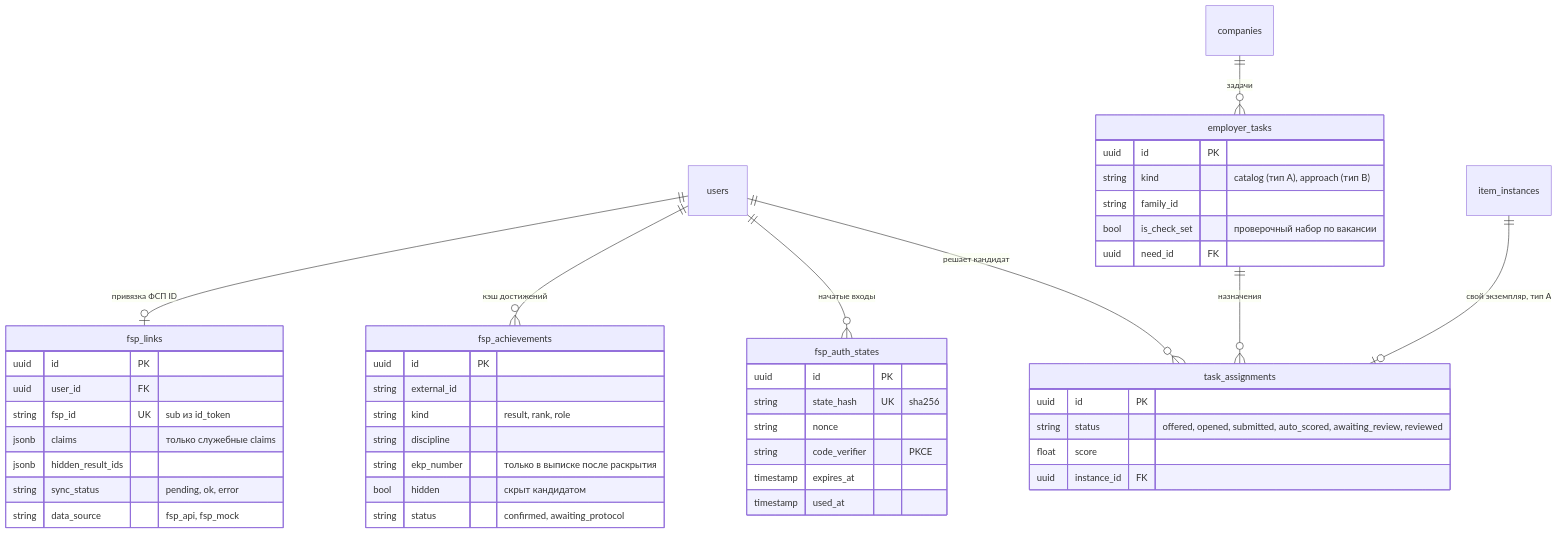
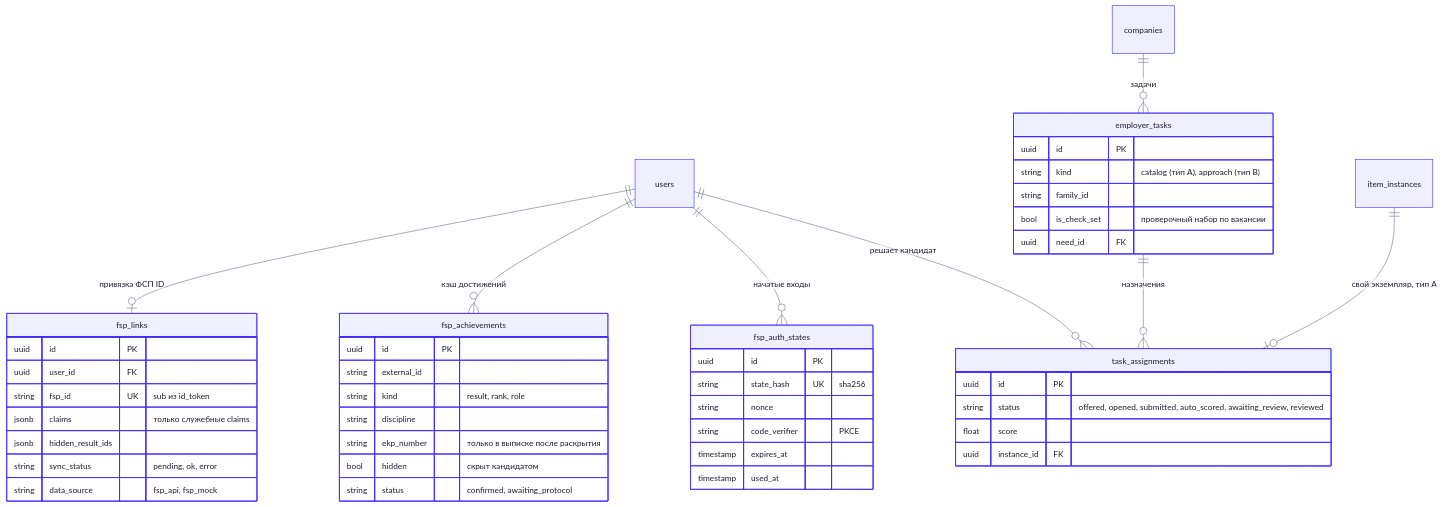
The ninth of 16 diagrams in docs/ARCHITECTURE.md (lpogosu/lct-msk), drawn with Mermaid before and after one commit. The commit also changed other lines of this file and 49 other files, not shown here.

First line of the commit message:
Документация для жюри: карта по обязательному перечню, README-витрина, 26 схем Mermaid в едином стиле, API по OpenAPI (219 эндпоинтов), библиотеки по lock-файлам, сборка PDF (make docs-pdf)

````diff
--- a/docs/ARCHITECTURE.md
+++ b/docs/ARCHITECTURE.md
@@ -412,49 +456,50 @@
 ```mermaid
+%%{init: {'theme':'base','themeVariables':{'primaryColor':'#EEF0FF','primaryBorderColor':'#402FFF','primaryTextColor':'#1B1B2F','lineColor':'#6F6F8C','secondaryColor':'#F4F4F8','tertiaryColor':'#FFFFFF','textColor':'#6F6F8C','edgeLabelBackground':'#F4F4F8','clusterBkg':'#F8F8FC','clusterBorder':'#B8B8D0','noteBkgColor':'#F4F4F8','noteTextColor':'#1B1B2F','noteBorderColor':'#9A9AB0','actorBkg':'#EEF0FF','actorBorder':'#402FFF','actorTextColor':'#1B1B2F','actorLineColor':'#9A9AB0','signalColor':'#6F6F8C','signalTextColor':'#6F6F8C','labelBoxBkgColor':'#EEF0FF','labelBoxBorderColor':'#402FFF','labelTextColor':'#1B1B2F','loopTextColor':'#6F6F8C','activationBkgColor':'#DCDFFF','activationBorderColor':'#402FFF','fontSize':'14px'}}}%%
 erDiagram
   users ||--o| fsp_links : "привязка ФСП ID"
   users ||--o{ fsp_achievements : "кэш достижений"
   users ||--o{ fsp_auth_states : "начатые входы"
   companies ||--o{ employer_tasks : "задачи"
   employer_tasks ||--o{ task_assignments : "назначения"
   users ||--o{ task_assignments : "решает кандидат"
   item_instances ||--o| task_assignments : "свой экземпляр, тип A"
   fsp_links {
     uuid id PK
     uuid user_id FK
     string fsp_id UK "sub из id_token"
     jsonb claims "только служебные claims"
     jsonb hidden_result_ids
     string sync_status "pending, ok, error"
     string data_source "fsp_api, fsp_mock"
   }
   fsp_achievements {
     uuid id PK
     string external_id
     string kind "result, rank, role"
     string discipline
     string ekp_number "только в выписке после раскрытия"
     bool hidden "скрыт кандидатом"
     string status "confirmed, awaiting_protocol"
   }
   fsp_auth_states {
     uuid id PK
     string state_hash UK "sha256"
     string nonce
     string code_verifier "PKCE"
     timestamp expires_at
     timestamp used_at
   }
   employer_tasks {
     uuid id PK
     string kind "catalog (тип A), approach (тип B)"
     string family_id
     bool is_check_set "проверочный набор по вакансии"
     uuid need_id FK
   }
   task_assignments {
     uuid id PK
     string status "offered, opened, submitted, auto_scored, awaiting_review, reviewed"
     float score
     uuid instance_id FK
   }
 ```
````
